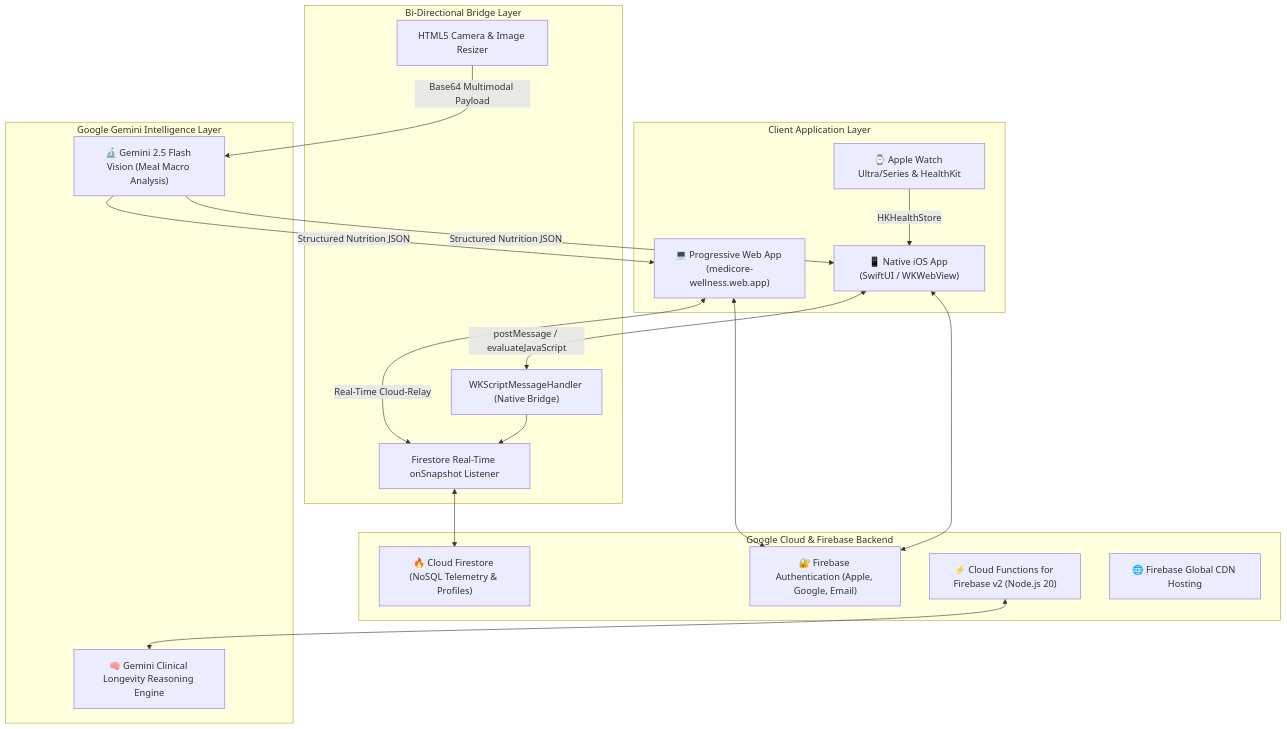
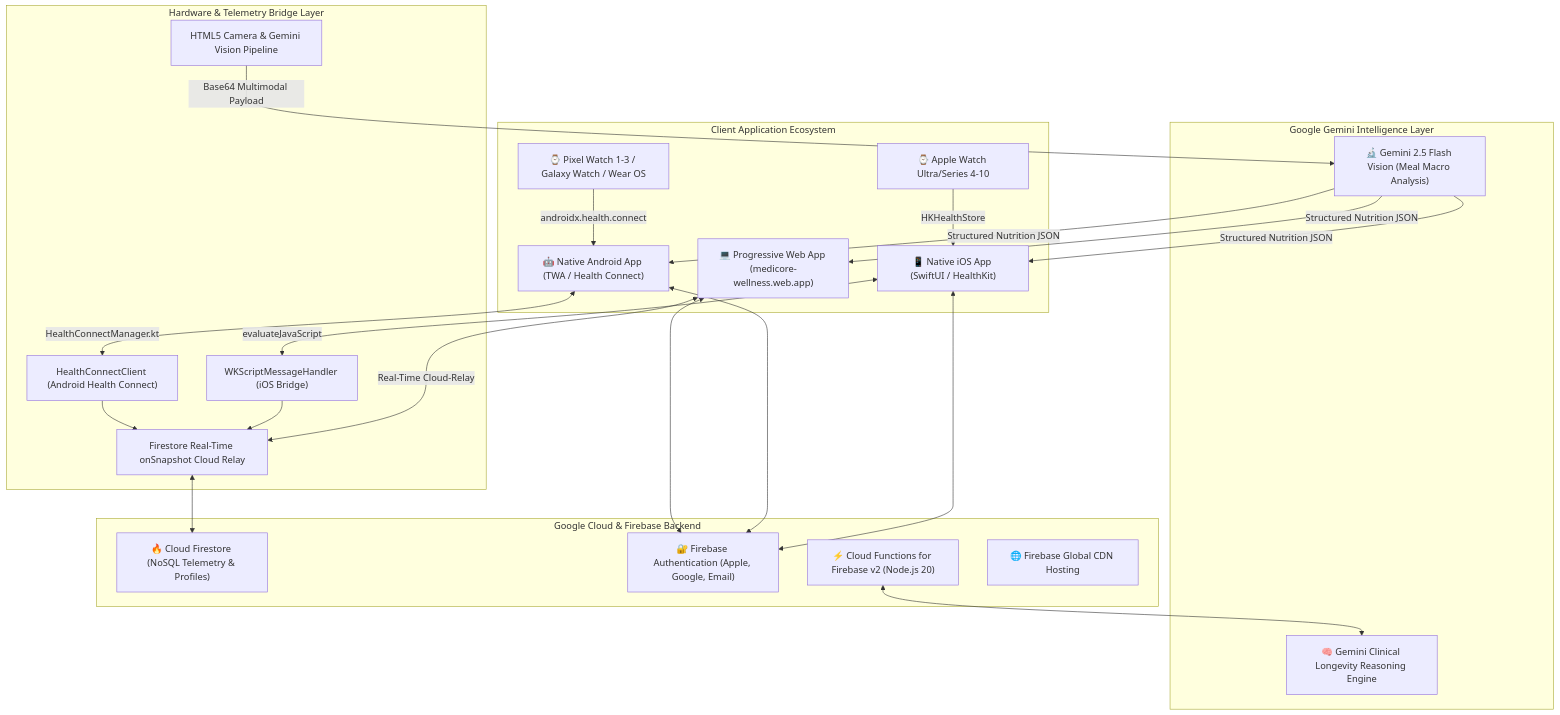
Before and after one commit to hironsoftware15/vitalis-wellness: the first of 2 diagrams in docs/TECHNICAL_ARCHITECTURE_QA.md, drawn with Mermaid. The commit also changed other lines of this file, not shown here.

Commit message:
docs: add Native Android and Google Health Connect technical architecture

````diff
--- a/docs/TECHNICAL_ARCHITECTURE_QA.md
+++ b/docs/TECHNICAL_ARCHITECTURE_QA.md
@@ -32,36 +33,41 @@
 ```mermaid
 flowchart TB
-    subgraph ClientLayer ["Client Application Layer"]
-        A1["📱 Native iOS App (SwiftUI / WKWebView)"]
-        A2["💻 Progressive Web App (medicore-wellness.web.app)"]
-        A3["⌚ Apple Watch Ultra/Series & HealthKit"]
+    subgraph ClientLayer ["Client Application Ecosystem"]
+        A1["📱 Native iOS App (SwiftUI / HealthKit)"]
+        A2["🤖 Native Android App (TWA / Health Connect)"]
+        A3["💻 Progressive Web App (medicore-wellness.web.app)"]
+        A4["⌚ Apple Watch Ultra/Series 4-10"]
+        A5["⌚ Pixel Watch 1-3 / Galaxy Watch / Wear OS"]
     end
 
-    subgraph BridgeLayer ["Bi-Directional Bridge Layer"]
-        B1["WKScriptMessageHandler (Native Bridge)"]
-        B2["HTML5 Camera & Image Resizer"]
-        B3["Firestore Real-Time onSnapshot Listener"]
+    subgraph BridgeLayer ["Hardware & Telemetry Bridge Layer"]
+        B1["WKScriptMessageHandler (iOS Bridge)"]
+        B2["HealthConnectClient (Android Health Connect)"]
+        B3["HTML5 Camera & Gemini Vision Pipeline"]
+        B4["Firestore Real-Time onSnapshot Cloud Relay"]
     end
 
     subgraph CloudLayer ["Google Cloud & Firebase Backend"]
         C1["🔥 Cloud Firestore (NoSQL Telemetry & Profiles)"]
         C2["🔐 Firebase Authentication (Apple, Google, Email)"]
         C3["⚡ Cloud Functions for Firebase v2 (Node.js 20)"]
         C4["🌐 Firebase Global CDN Hosting"]
     end
 
     subgraph AILayer ["Google Gemini Intelligence Layer"]
         D1["🔬 Gemini 2.5 Flash Vision (Meal Macro Analysis)"]
         D2["🧠 Gemini Clinical Longevity Reasoning Engine"]
     end
 
-    A3 -->|"HKHealthStore"| A1
-    A1 <-->|"postMessage / evaluateJavaScript"| B1
-    A2 <-->|"Real-Time Cloud-Relay"| B3
-    B1 --> B3
-    B3 <--> C1
-    A1 & A2 <--> C2
-    B2 -->|"Base64 Multimodal Payload"| D1
+    A4 -->|"HKHealthStore"| A1
+    A5 -->|"androidx.health.connect"| A2
+    A1 <-->|"evaluateJavaScript"| B1
+    A2 <-->|"HealthConnectManager.kt"| B2
+    A3 <-->|"Real-Time Cloud-Relay"| B4
+    B1 & B2 --> B4
+    B4 <--> C1
+    A1 & A2 & A3 <--> C2
+    B3 -->|"Base64 Multimodal Payload"| D1
     C3 <--> D2
-    D1 -->|"Structured Nutrition JSON"| A2 & A1
+    D1 -->|"Structured Nutrition JSON"| A3 & A1 & A2
 ```
````
